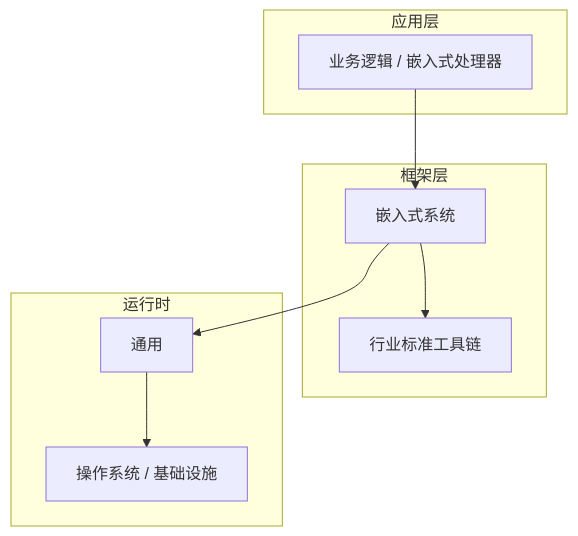
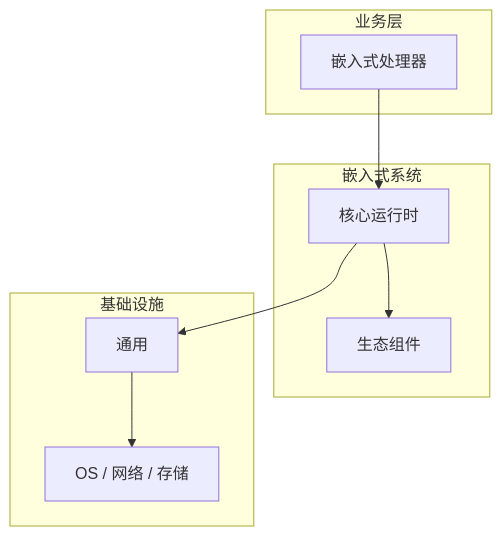
One commit to yanggan2015/knowledge-json-v2 changed the diagram in articles/嵌入式系统/chapters/011-嵌入式处理器核心概念与原理.md. Above: the diagram before and after it, drawn with Mermaid. The commit also changed other lines of this file and 10127 other files, not shown here.

````diff
--- a/articles/嵌入式系统/chapters/011-嵌入式处理器核心概念与原理.md
+++ b/articles/嵌入式系统/chapters/011-嵌入式处理器核心概念与原理.md
@@ -45,18 +34,18 @@
 ```mermaid
 graph TB
-    subgraph 应用层
-        A[业务逻辑 / 嵌入式处理器]
+    subgraph 业务层
+        A[嵌入式处理器]
     end
-    subgraph 框架层
-        B[嵌入式系统]
-        C[行业标准工具链]
+    subgraph 嵌入式系统
+        B[核心运行时]
+        C[生态组件]
     end
-    subgraph 运行时
+    subgraph 基础设施
         D[通用]
-        E[操作系统 / 基础设施]
+        E[OS / 网络 / 存储]
     end
     A --> B
     B --> C
     B --> D
     D --> E
 ```
````
